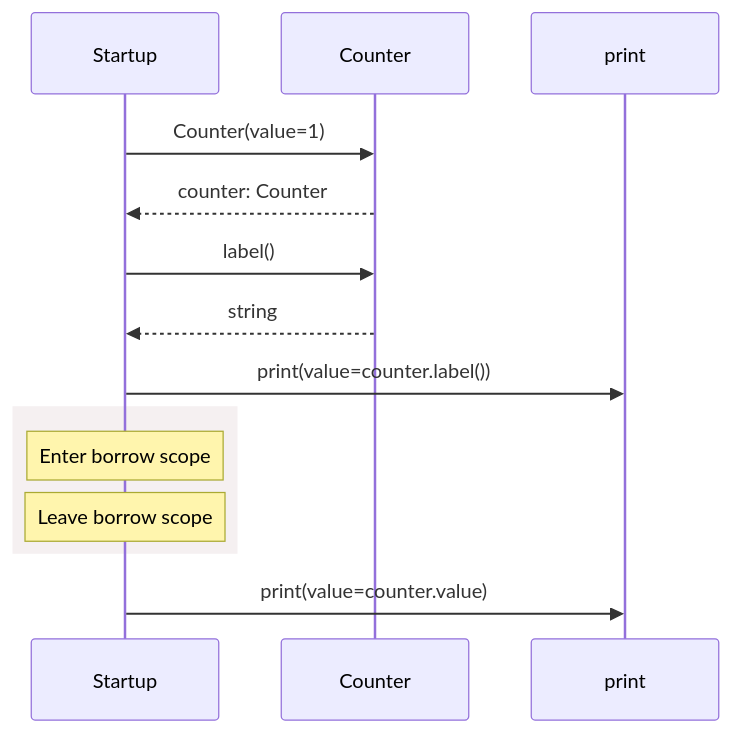
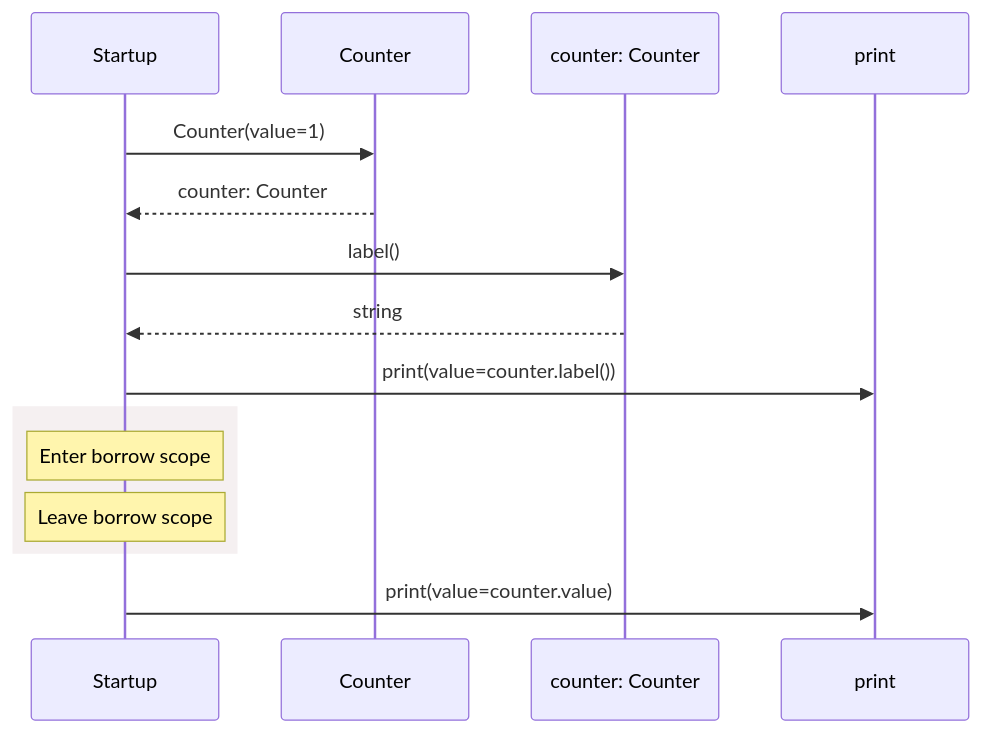
One commit to GreenPandaStudios/augscript changed the third of 3 diagrams in docs/examples/visibility/main-diagrams.md. Above: the diagram before and after it, drawn with Mermaid. The commit also changed 102 other files, not shown here.

Commit message:
Keep named service receivers distinct in sequence data flow

````diff
--- a/docs/examples/visibility/main-diagrams.md
+++ b/docs/examples/visibility/main-diagrams.md
@@ -49,16 +49,17 @@
 ```mermaid
 sequenceDiagram
     participant p0 as Startup
     participant p1 as Counter
-    participant p2 as print
+    participant p2 as counter: Counter
+    participant p3 as print
     p0->>p1: Counter(value=1)
     p1-->>p0: counter: Counter
-    p0->>p1: label()
-    p1-->>p0: string
-    p0->>p2: print(value=counter.label())
+    p0->>p2: label()
+    p2-->>p0: string
+    p0->>p3: print(value=counter.label())
     rect rgb(245, 240, 241)
     Note over p0: Enter borrow scope
     Note over p0: Leave borrow scope
     end
-    p0->>p2: print(value=counter.value)
+    p0->>p3: print(value=counter.value)
 ```
````
